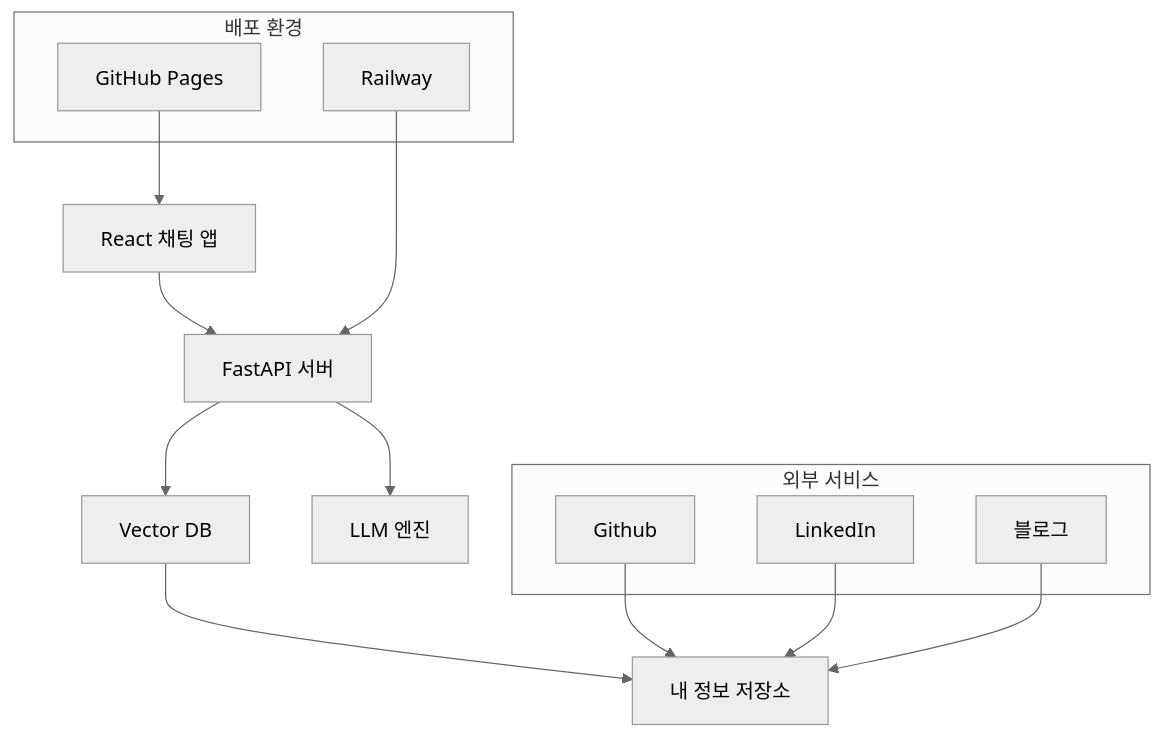
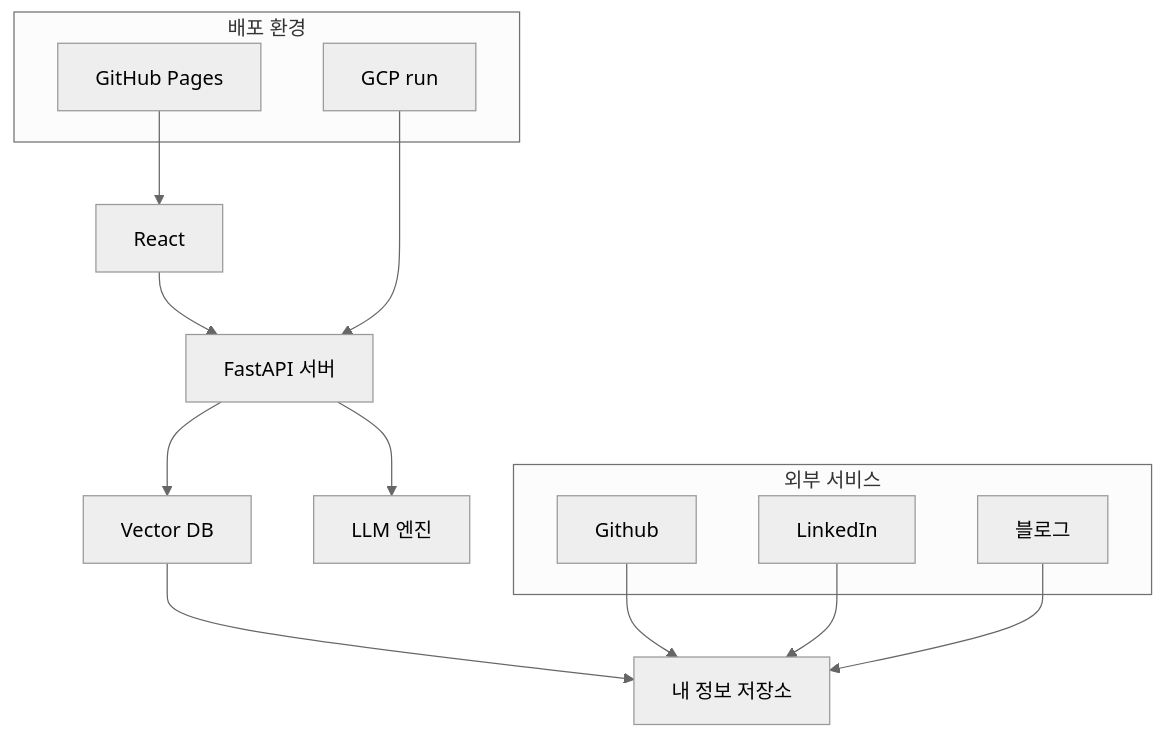
One commit to watanka/AbotMe changed the second of 3 diagrams in docs/design.md. Above: the diagram before and after it, drawn with Mermaid (neutral theme). The commit also changed other lines of this file and 9 other files, not shown here.

````diff
--- a/docs/design.md
+++ b/docs/design.md
@@ -4,25 +145,25 @@
 ```mermaid
 graph TD
-    A[React 채팅 앱] --> B[FastAPI 서버]
+    A[React] --> B[FastAPI 서버]
     B --> C[LLM 엔진]
     B --> D[Vector DB]
     D --> E[내 정보 저장소]
     
     subgraph 외부 서비스
         F[Github]
         G[LinkedIn]
         H[블로그]
     end
     
     F --> E
     G --> E
     H --> E
     
     subgraph 배포 환경
         I[GitHub Pages]
-        J[Railway]
+        J[GCP run]
     end
     
     I --> A
     J --> B
 ```
````
